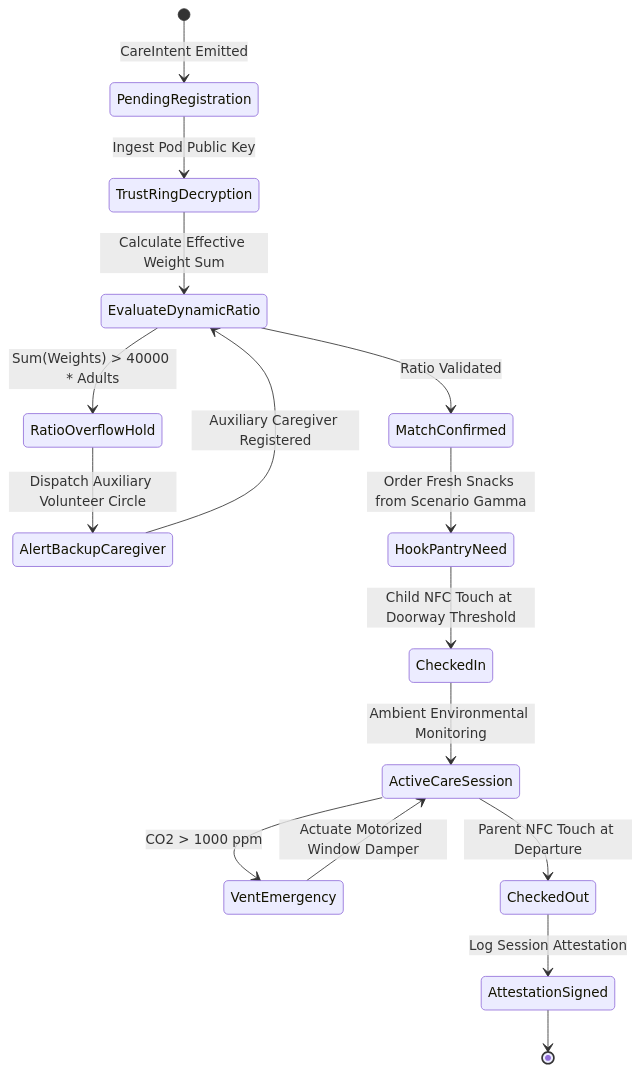
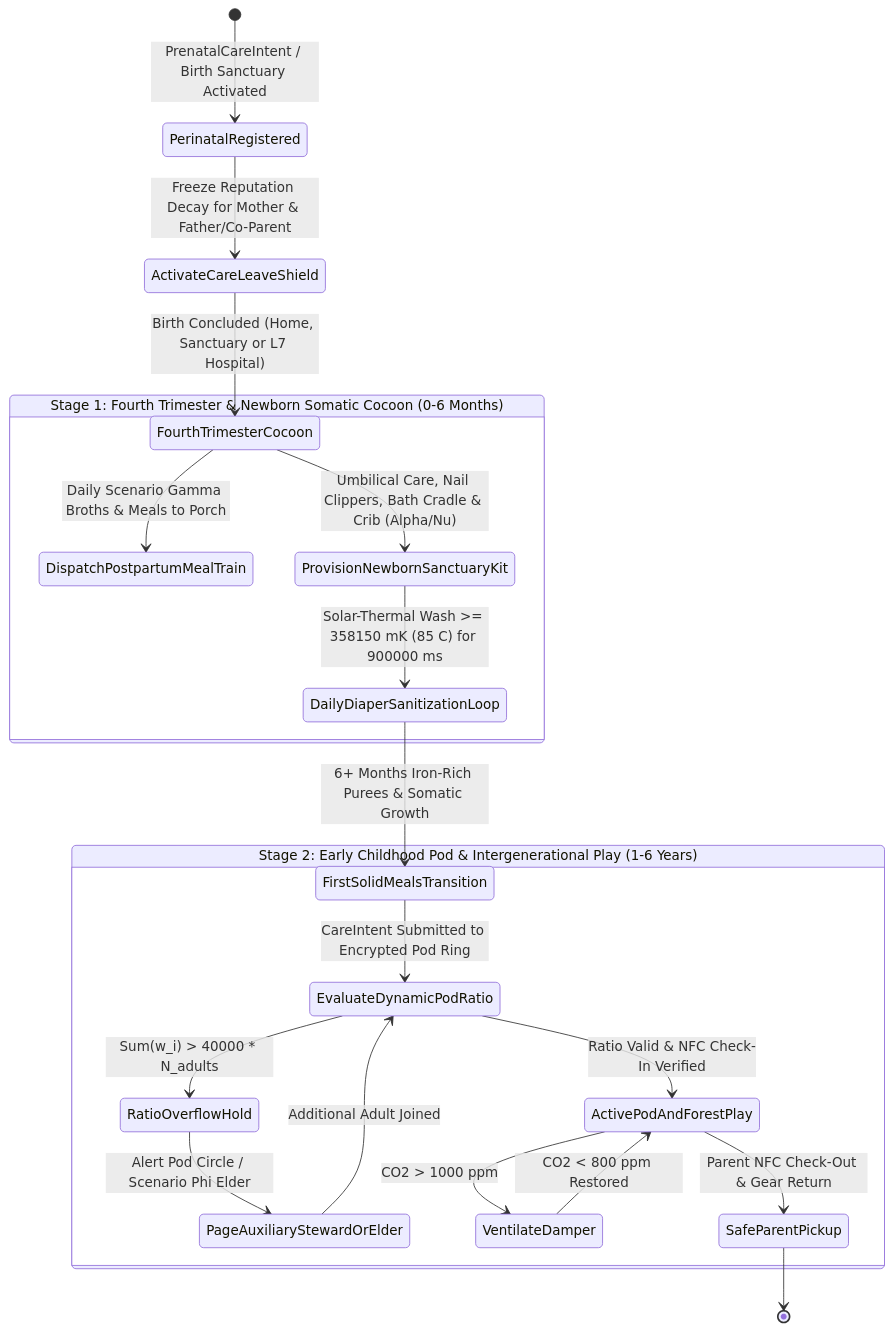
One commit to raffaine/collective changed the second of 3 diagrams in docs/scenarios/delta_childcare.md. Above: the diagram before and after it, drawn with Mermaid. The commit also changed other lines of this file and 56 other files, not shown here.

Commit message:
feat(sprints-11-14): implement Homestead playability, 3D pathfinding, Scenario Gamma kitchen, Async Node Proxies, and Layer 6/5/4 architecture

````diff
--- a/docs/scenarios/delta_childcare.md
+++ b/docs/scenarios/delta_childcare.md
@@ -87,18 +172,26 @@
 ```mermaid
 stateDiagram-v2
-    [*] --> PendingRegistration: CareIntent Emitted
-    PendingRegistration --> TrustRingDecryption: Ingest Pod Public Key
-    TrustRingDecryption --> EvaluateDynamicRatio: Calculate Effective Weight Sum
-    EvaluateDynamicRatio --> RatioOverflowHold: Sum(Weights) > 40000 * Adults
-    RatioOverflowHold --> AlertBackupCaregiver: Dispatch Auxiliary Volunteer Circle
-    AlertBackupCaregiver --> EvaluateDynamicRatio: Auxiliary Caregiver Registered
-    EvaluateDynamicRatio --> MatchConfirmed: Ratio Validated
-    MatchConfirmed --> HookPantryNeed: Order Fresh Snacks from Scenario Gamma
-    HookPantryNeed --> CheckedIn: Child NFC Touch at Doorway Threshold
-    CheckedIn --> ActiveCareSession: Ambient Environmental Monitoring
-    ActiveCareSession --> VentEmergency: CO2 > 1000 ppm
-    VentEmergency --> ActiveCareSession: Actuate Motorized Window Damper
-    ActiveCareSession --> CheckedOut: Parent NFC Touch at Departure
-    CheckedOut --> AttestationSigned: Log Session Attestation
-    AttestationSigned --> [*]
+    [*] --> PerinatalRegistered: PrenatalCareIntent / Birth Sanctuary Activated
+    PerinatalRegistered --> ActivateCareLeaveShield: Freeze Reputation Decay for Mother & Father/Co-Parent
+    ActivateCareLeaveShield --> FourthTrimesterCocoon: Birth Concluded (Home, Sanctuary or L7 Hospital)
+
+    state "Stage 1: Fourth Trimester & Newborn Somatic Cocoon (0-6 Months)" as Newborn {
+        FourthTrimesterCocoon --> DispatchPostpartumMealTrain: Daily Scenario Gamma Broths & Meals to Porch
+        FourthTrimesterCocoon --> ProvisionNewbornSanctuaryKit: Umbilical Care, Nail Clippers, Bath Cradle & Crib (Alpha/Nu)
+        ProvisionNewbornSanctuaryKit --> DailyDiaperSanitizationLoop: Solar-Thermal Wash >= 358150 mK (85 C) for 900000 ms
+        DailyDiaperSanitizationLoop --> FirstSolidMealsTransition: 6+ Months Iron-Rich Purees & Somatic Growth
+    }
+
+    state "Stage 2: Early Childhood Pod & Intergenerational Play (1-6 Years)" as Pod {
+        FirstSolidMealsTransition --> EvaluateDynamicPodRatio: CareIntent Submitted to Encrypted Pod Ring
+        EvaluateDynamicPodRatio --> RatioOverflowHold: Sum(w_i) > 40000 * N_adults
+        RatioOverflowHold --> PageAuxiliaryStewardOrElder: Alert Pod Circle / Scenario Phi Elder
+        PageAuxiliaryStewardOrElder --> EvaluateDynamicPodRatio: Additional Adult Joined
+        EvaluateDynamicPodRatio --> ActivePodAndForestPlay: Ratio Valid & NFC Check-In Verified
+        ActivePodAndForestPlay --> VentilateDamper: CO2 > 1000 ppm
+        VentilateDamper --> ActivePodAndForestPlay: CO2 < 800 ppm Restored
+        ActivePodAndForestPlay --> SafeParentPickup: Parent NFC Check-Out & Gear Return
+    }
+
+    SafeParentPickup --> [*]
 ```
````
